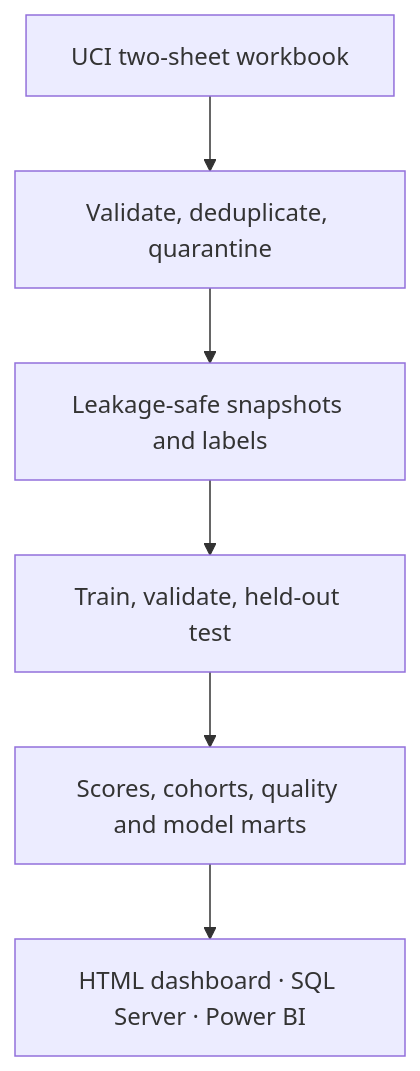
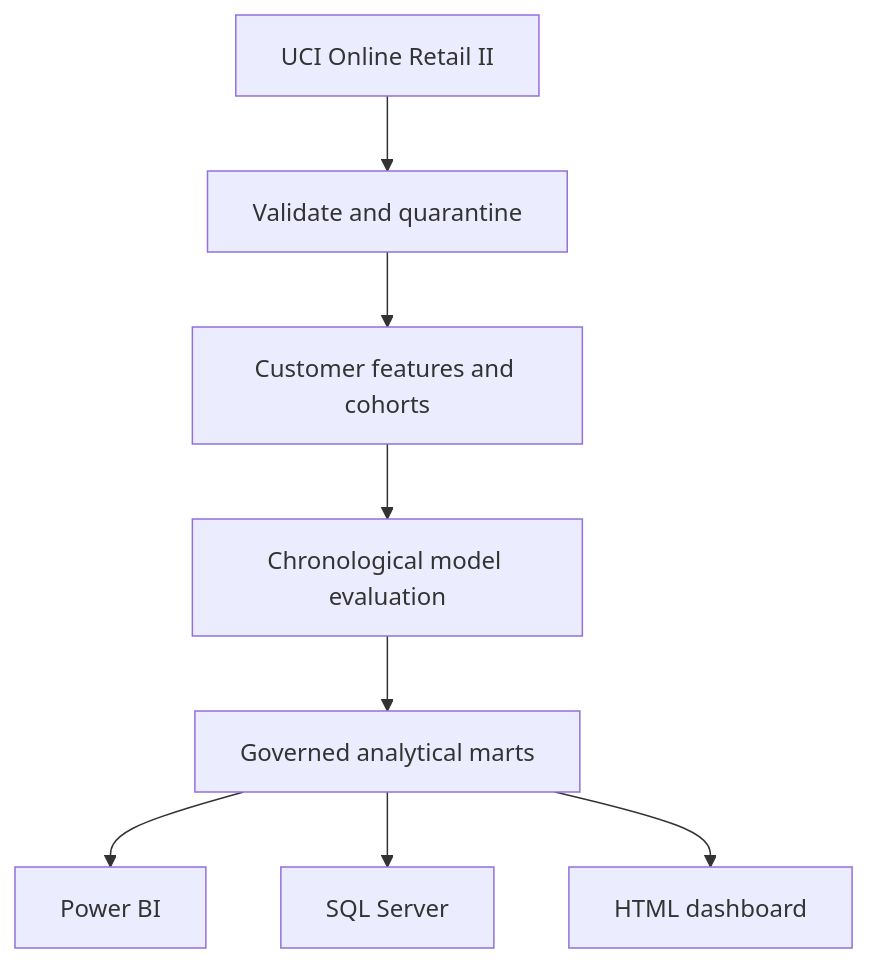
One commit to bekiroruk/retailscope-crm-analytics changed the diagram in README.md. Above: the diagram before and after it, drawn with Mermaid. The commit also changed other lines of this file and 4 other files, not shown here.

````diff
--- a/README.md
+++ b/README.md
@@ -73,8 +98,10 @@
 ```mermaid
 flowchart TD
-    A["UCI two-sheet workbook"] --> B["Validate, deduplicate, quarantine"]
-    B --> C["Leakage-safe snapshots and labels"]
-    C --> D["Train, validate, held-out test"]
-    D --> E["Scores, cohorts, quality and model marts"]
-    E --> F["HTML dashboard · SQL Server · Power BI"]
+    A["UCI Online Retail II"] --> B["Validate and quarantine"]
+    B --> C["Customer features and cohorts"]
+    C --> D["Chronological model evaluation"]
+    D --> E["Governed analytical marts"]
+    E --> F["Power BI"]
+    E --> G["SQL Server"]
+    E --> H["HTML dashboard"]
 ```
````
